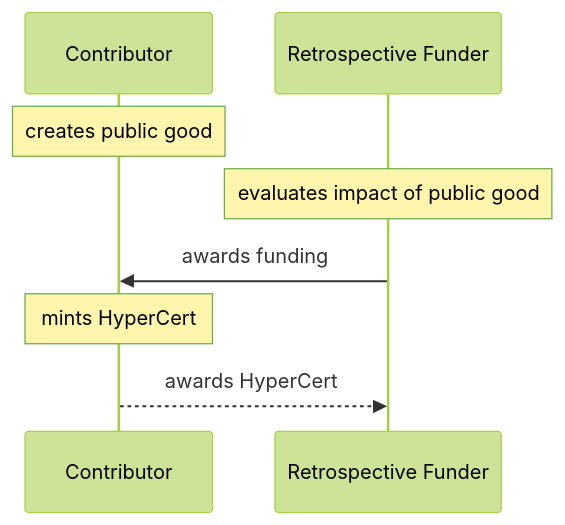
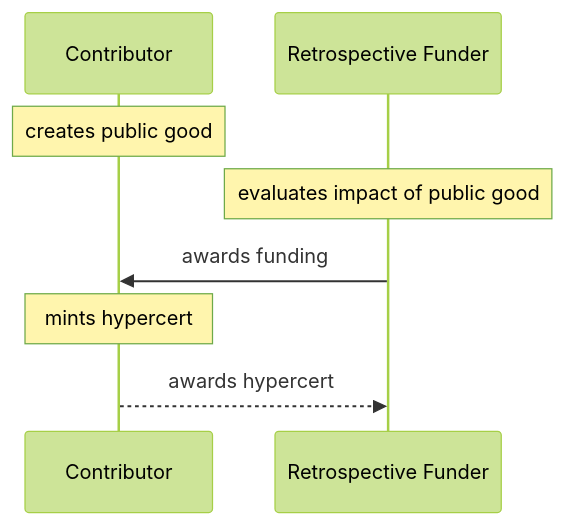
One commit to Network-Goods/hypercerts-docs changed the first of 4 diagrams in docs/scenarios.md. Above: the diagram before and after it, drawn with Mermaid (forest theme). The commit also changed other lines of this file and 7 other files, not shown here.

Commit message:
feat: HyperCert -> hypercert

````diff
--- a/docs/scenarios.md
+++ b/docs/scenarios.md
@@ -12,10 +12,10 @@
 ```mermaid
 sequenceDiagram
     participant Contributor
     participant Retrospective Funder
     Note over Contributor: creates public good
     Note over Retrospective Funder: evaluates impact of public good
     Retrospective Funder ->> Contributor: awards funding
-    Note over Contributor: mints HyperCert
-    Contributor -->> Retrospective Funder: awards HyperCert
+    Note over Contributor: mints hypercert
+    Contributor -->> Retrospective Funder: awards hypercert
 ```
````
